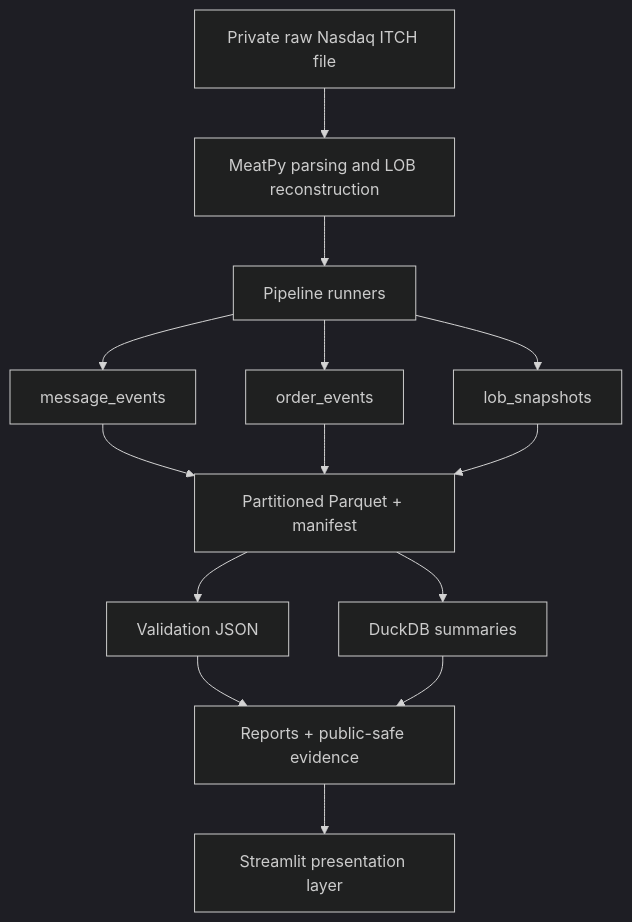
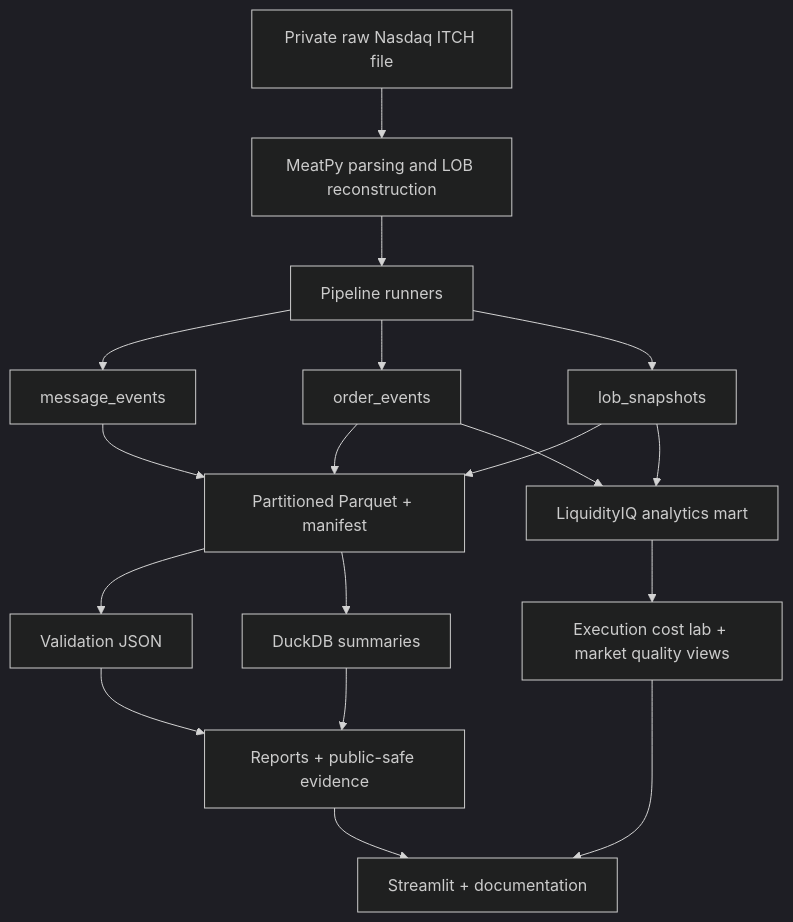
The diagram in README.md (HetAshar13/itch-data-pipeline), drawn with Mermaid (dark theme) before and after one commit. The commit also changed other lines of this file and 13 other files, not shown here.

Commit message:
Add LiquidityIQ analytics product layer

````diff
--- a/README.md
+++ b/README.md
@@ -30,16 +43,20 @@
 ```mermaid
 flowchart TD
     A["Private raw Nasdaq ITCH file"] --> B["MeatPy parsing and LOB reconstruction"]
     B --> C["Pipeline runners"]
     C --> D["message_events"]
     C --> E["order_events"]
     C --> F["lob_snapshots"]
     D --> G["Partitioned Parquet + manifest"]
     E --> G
     F --> G
     G --> H["Validation JSON"]
     G --> I["DuckDB summaries"]
+    F --> L["LiquidityIQ analytics mart"]
+    E --> L
+    L --> M["Execution cost lab + market quality views"]
     H --> J["Reports + public-safe evidence"]
     I --> J
-    J --> K["Streamlit presentation layer"]
+    J --> K["Streamlit + documentation"]
+    M --> K
 ```
````
